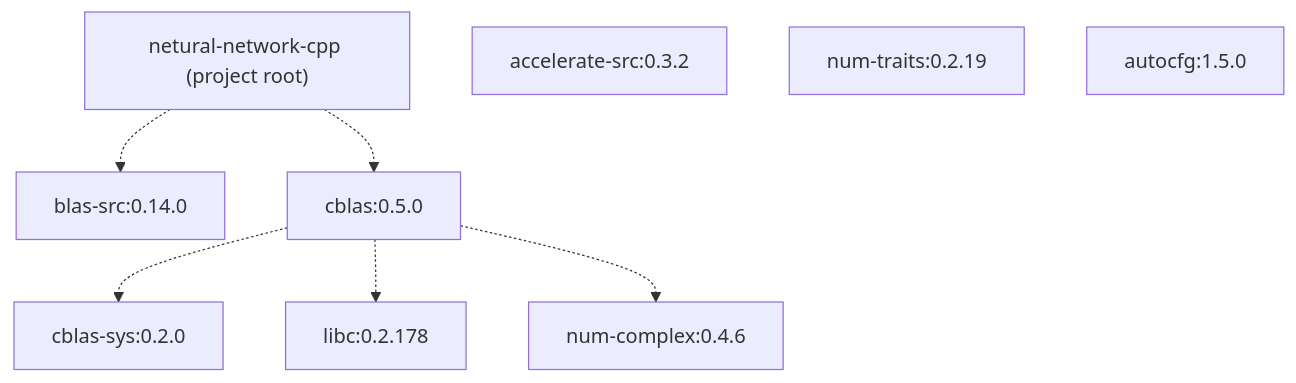
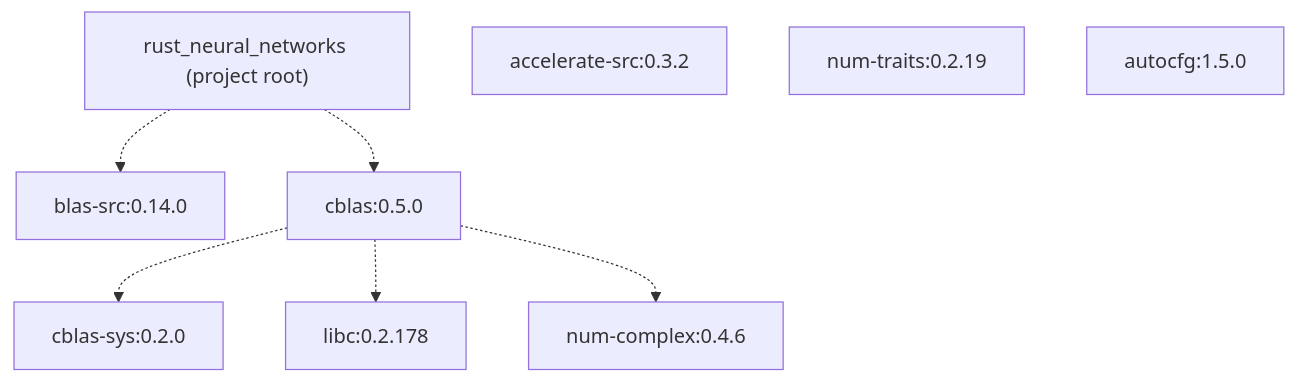
The first of 4 diagrams in docs/6b Dependencies.md (ThalesMMS/Rust-Neural-Networks), drawn with Mermaid before and after one commit. The commit also changed 5 other files, not shown here.

First line of the commit message:
Rename package to rust_neural_networks

````diff
--- a/docs/6b Dependencies.md
+++ b/docs/6b Dependencies.md
@@ -68,19 +68,19 @@
 ```mermaid
 flowchart TD
 
-ROOT["netural-network-cpp (project root)"]
+ROOT["rust_neural_networks (project root)"]
 BLAS_SRC["blas-src:0.14.0"]
 CBLAS["cblas:0.5.0"]
 ACCEL_SRC["accelerate-src:0.3.2"]
 CBLAS_SYS["cblas-sys:0.2.0"]
 LIBC["libc:0.2.178"]
 NUM_COMPLEX["num-complex:0.4.6"]
 NUM_TRAITS["num-traits:0.2.19"]
 AUTOCFG["autocfg:1.5.0"]
 
 ROOT -.-> BLAS_SRC
 ROOT -.-> CBLAS
 CBLAS -.-> CBLAS_SYS
 CBLAS -.-> LIBC
 CBLAS -.-> NUM_COMPLEX
 ```
````
